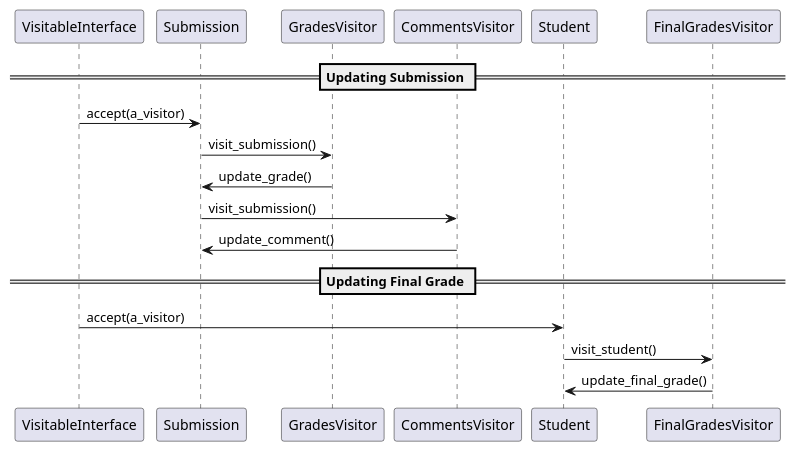
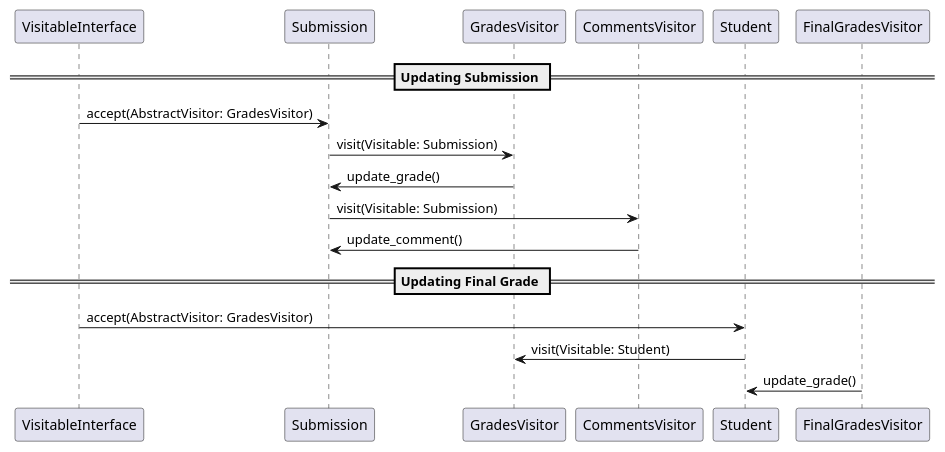
The diagram in docs/visitor_pattern_sequence_diagram.puml (will-r-wang/CMSLearn-Course-Management-System), drawn with PlantUML before and after one commit. The commit also changed 3 other files, not shown here.

Commit message:
[Documentation] Update Visitor Pattern Diagrams

```diff
--- a/docs/visitor_pattern_sequence_diagram.puml
+++ b/docs/visitor_pattern_sequence_diagram.puml
@@ -1,20 +1,20 @@
 @startuml
 participant VisitableInterface
 participant Submission
 participant GradesVisitor
 participant CommentsVisitor
 participant Student
 participant FinalGradesVisitor
 
 == Updating Submission ==
-VisitableInterface->Submission:accept(a_visitor)
-Submission->GradesVisitor:visit_submission()
+VisitableInterface->Submission:accept(AbstractVisitor: GradesVisitor)
+Submission->GradesVisitor:visit(Visitable: Submission)
 GradesVisitor->Submission:update_grade()
-Submission->CommentsVisitor:visit_submission()
+Submission->CommentsVisitor:visit(Visitable: Submission)
 CommentsVisitor->Submission:update_comment()
 
 == Updating Final Grade ==
-VisitableInterface->Student:accept(a_visitor)
-Student->FinalGradesVisitor:visit_student()
-FinalGradesVisitor->Student:update_final_grade()
+VisitableInterface->Student:accept(AbstractVisitor: GradesVisitor)
+Student->GradesVisitor:visit(Visitable: Student)
+FinalGradesVisitor->Student:update_grade()
 @enduml
```
